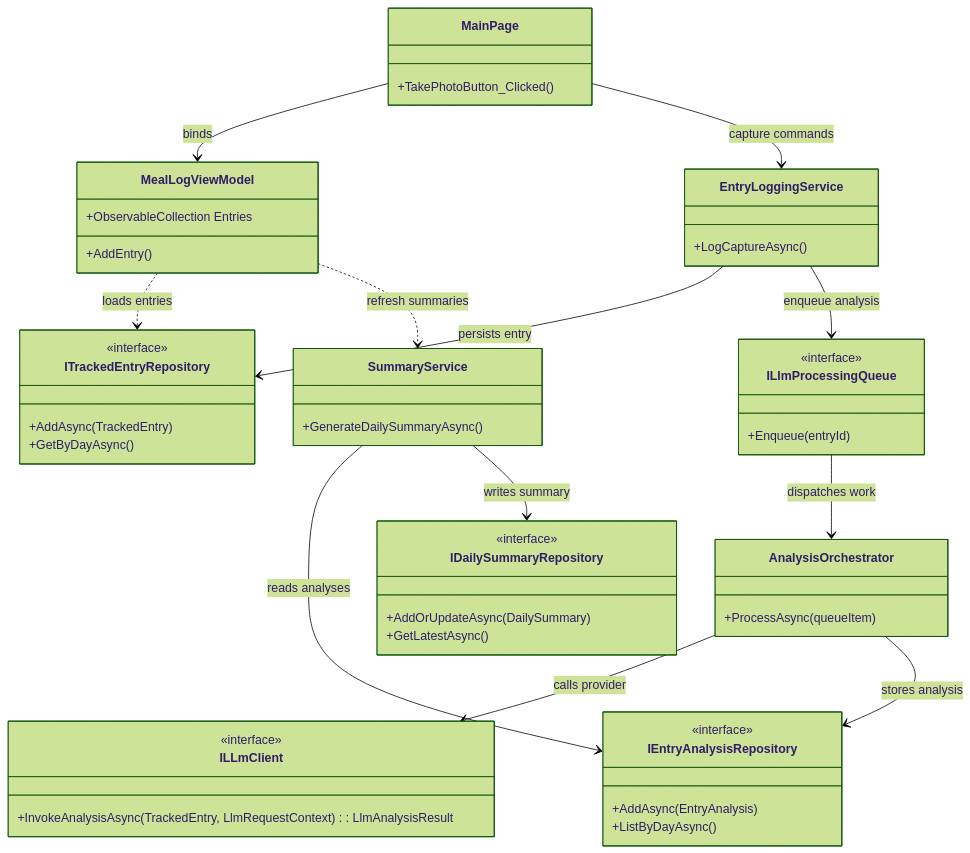
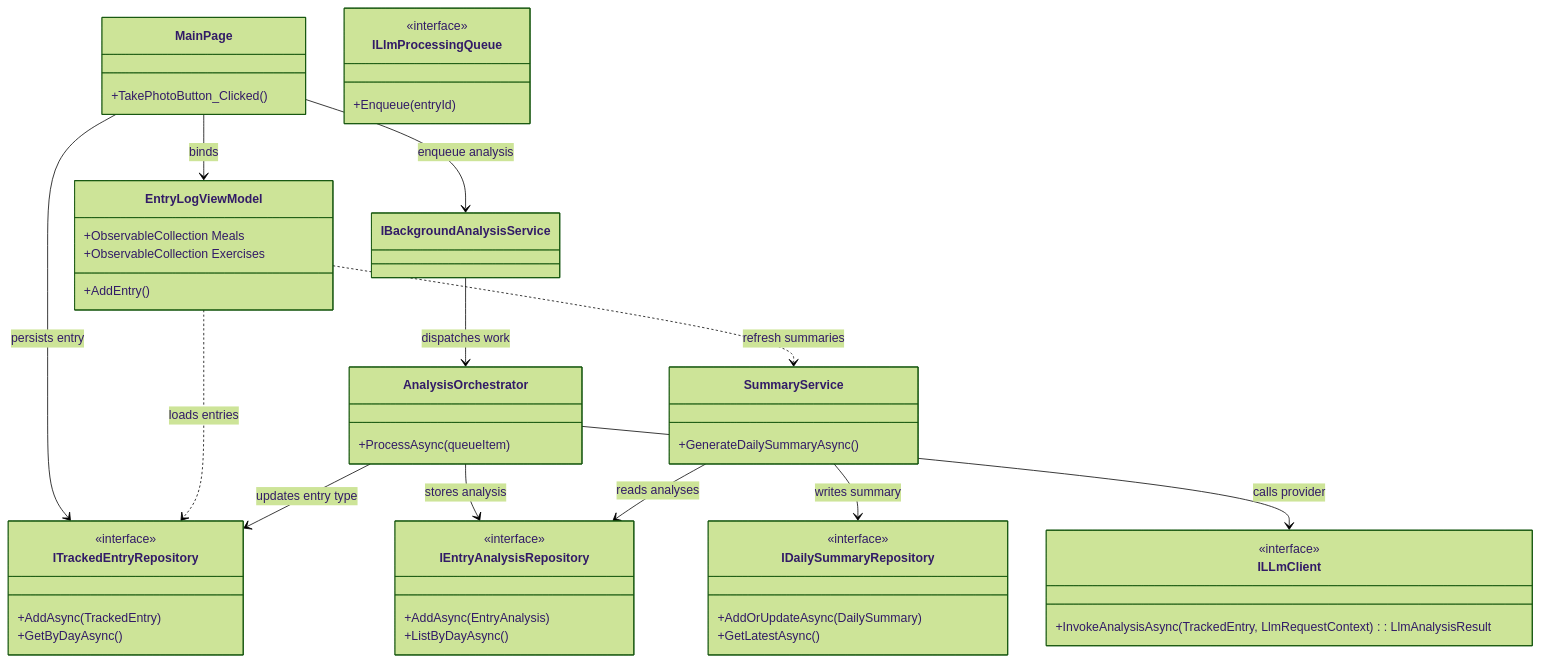
One commit to DigitumDei/HealthHelper changed the second of 2 diagrams in docs/ARCHITECTURE.md. Above: the diagram before and after it, drawn with Mermaid (forest theme). The commit also changed other lines of this file, not shown here.

First line of the commit message:
Update ARCHITECTURE.md with unified analysis flow

````diff
--- a/docs/ARCHITECTURE.md
+++ b/docs/ARCHITECTURE.md
@@ -40,54 +42,52 @@
 ```mermaid
 classDiagram
     class MainPage {
         +TakePhotoButton_Clicked()
     }
-    class MealLogViewModel {
-        +ObservableCollection<TrackedEntry> Entries
+    class EntryLogViewModel {
+        +ObservableCollection<MealPhoto> Meals
+        +ObservableCollection<ExerciseEntry> Exercises
         +AddEntry()
-    }
-    class EntryLoggingService {
-        +LogCaptureAsync()
     }
     class ITrackedEntryRepository {
         <<interface>>
         +AddAsync(TrackedEntry)
         +GetByDayAsync()
     }
     class ILlmProcessingQueue {
         <<interface>>
         +Enqueue(entryId)
     }
     class AnalysisOrchestrator {
         +ProcessAsync(queueItem)
     }
     class ILLmClient {
         <<interface>>
         +InvokeAnalysisAsync(TrackedEntry, LlmRequestContext) : LlmAnalysisResult
     }
     class IEntryAnalysisRepository {
         <<interface>>
         +AddAsync(EntryAnalysis)
         +ListByDayAsync()
     }
     class SummaryService {
         +GenerateDailySummaryAsync()
     }
     class IDailySummaryRepository {
         <<interface>>
         +AddOrUpdateAsync(DailySummary)
         +GetLatestAsync()
     }
 
-    MainPage --> MealLogViewModel : binds
-    MainPage --> EntryLoggingService : capture commands
-    MealLogViewModel ..> ITrackedEntryRepository : loads entries
-    EntryLoggingService --> ITrackedEntryRepository : persists entry
-    EntryLoggingService --> ILlmProcessingQueue : enqueue analysis
-    ILlmProcessingQueue --> AnalysisOrchestrator : dispatches work
+    MainPage --> EntryLogViewModel : binds
+    MainPage --> ITrackedEntryRepository : persists entry
+    MainPage --> IBackgroundAnalysisService : enqueue analysis
+    EntryLogViewModel ..> ITrackedEntryRepository : loads entries
+    IBackgroundAnalysisService --> AnalysisOrchestrator : dispatches work
     AnalysisOrchestrator --> ILLmClient : calls provider
+    AnalysisOrchestrator --> ITrackedEntryRepository : updates entry type
     AnalysisOrchestrator --> IEntryAnalysisRepository : stores analysis
     SummaryService --> IEntryAnalysisRepository : reads analyses
     SummaryService --> IDailySummaryRepository : writes summary
-    MealLogViewModel ..> SummaryService : refresh summaries
+    EntryLogViewModel ..> SummaryService : refresh summaries
 ```
````
